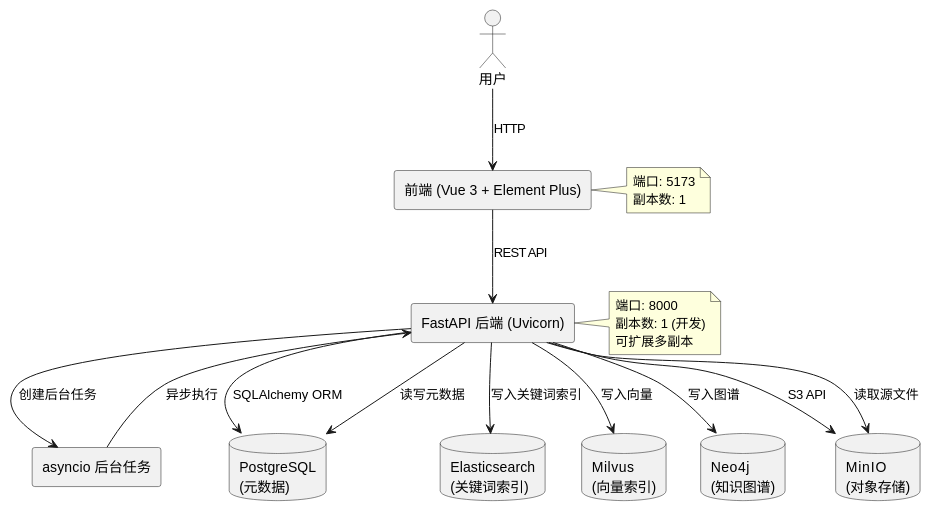
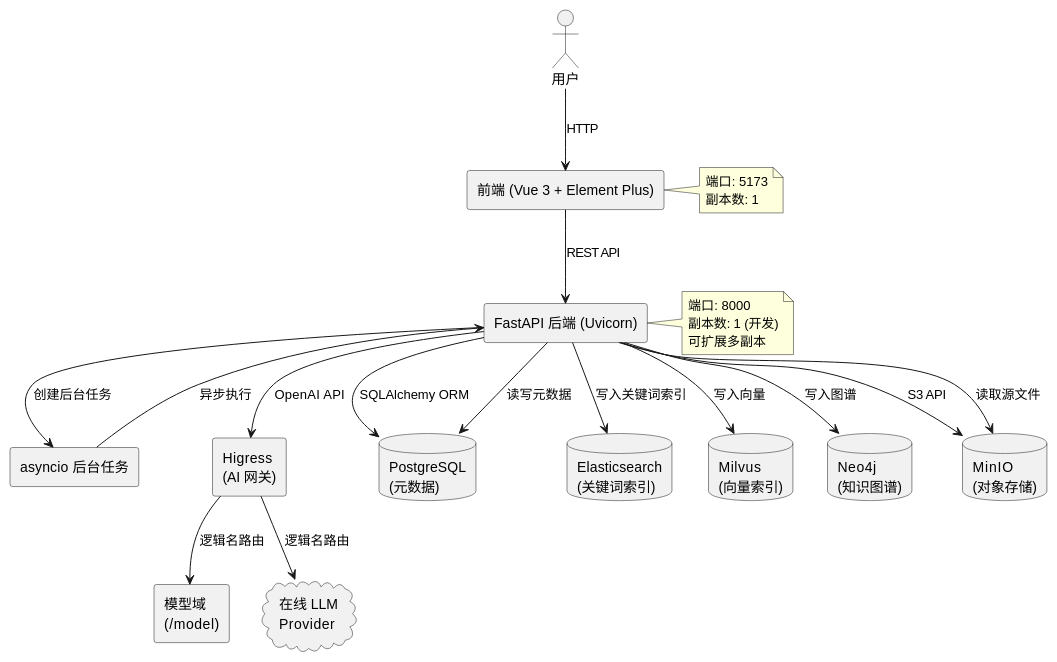
Before and after one commit to JazGung/knowlebase: the diagram in ARCHITECTURE.md, drawn with PlantUML. The commit also changed other lines of this file and 5 other files, not shown here.

````diff
--- a/ARCHITECTURE.md
+++ b/ARCHITECTURE.md
@@ -7,36 +7,42 @@
 ```plantuml
 @startuml
 actor "用户" as user
 rectangle "前端 (Vue 3 + Element Plus)" as frontend
 rectangle "FastAPI 后端 (Uvicorn)" as backend
 rectangle "asyncio 后台任务" as queue
+rectangle "Higress\n(AI 网关)" as higress
+rectangle "模型域\n(/model)" as model
+cloud "在线 LLM\nProvider" as llm
 database "PostgreSQL\n(元数据)" as pg
 database "Elasticsearch\n(关键词索引)" as es
 database "Milvus\n(向量索引)" as milvus
 database "Neo4j\n(知识图谱)" as neo4j
 database "MinIO\n(对象存储)" as minio
 
 user --> frontend : HTTP
 frontend --> backend : REST API
 backend --> pg : SQLAlchemy ORM
 backend --> minio : S3 API
 backend --> queue : 创建后台任务
 queue --> backend : 异步执行
 backend --> pg : 读写元数据
 backend --> minio : 读取源文件
 backend --> es : 写入关键词索引
 backend --> milvus : 写入向量
 backend --> neo4j : 写入图谱
+backend --> higress : OpenAI API
+higress --> model : 逻辑名路由
+higress --> llm : 逻辑名路由
 
 note right of frontend
   端口: 5173
   副本数: 1
 end note
 
 note right of backend
   端口: 8000
   副本数: 1 (开发)
   可扩展多副本
 end note
 @enduml
 ```
````
